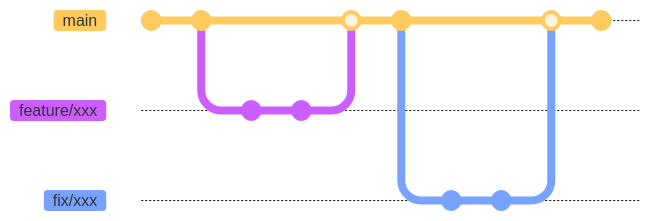
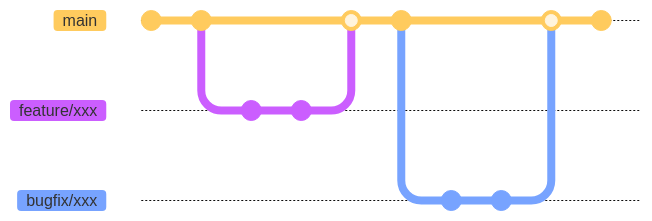
The second of 2 diagrams in README.md (bingyangchen/taigu), drawn with Mermaid before and after one commit. The commit also changed other lines of this file and 22 other files, not shown here. Commit ids are hidden.

````diff
--- a/README.md
+++ b/README.md
@@ -35,20 +35,20 @@
 ```mermaid
 %%{init: { 'theme': 'base', 'gitGraph': {'showCommitLabel': false}} }%%
 gitGraph
    commit
    commit
    branch feature/xxx
    switch feature/xxx
    commit
    commit
    switch main
    merge feature/xxx
    commit
-   branch fix/xxx
-   switch fix/xxx
+   branch bugfix/xxx
+   switch bugfix/xxx
    commit
    commit
    switch main
-   merge fix/xxx
+   merge bugfix/xxx
    commit
 ```
````
